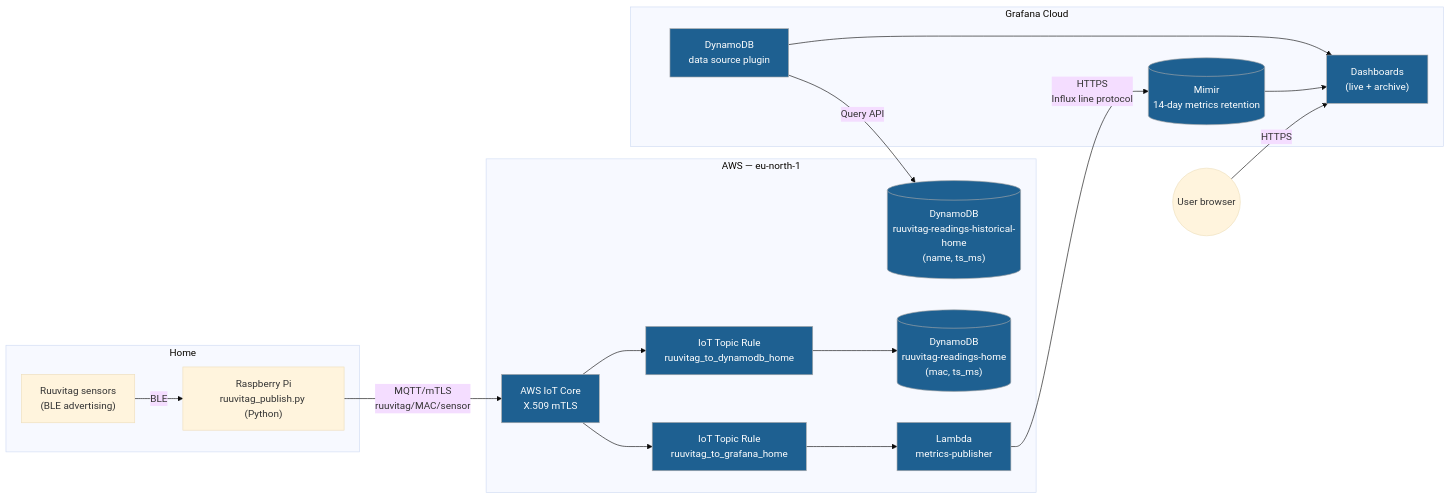
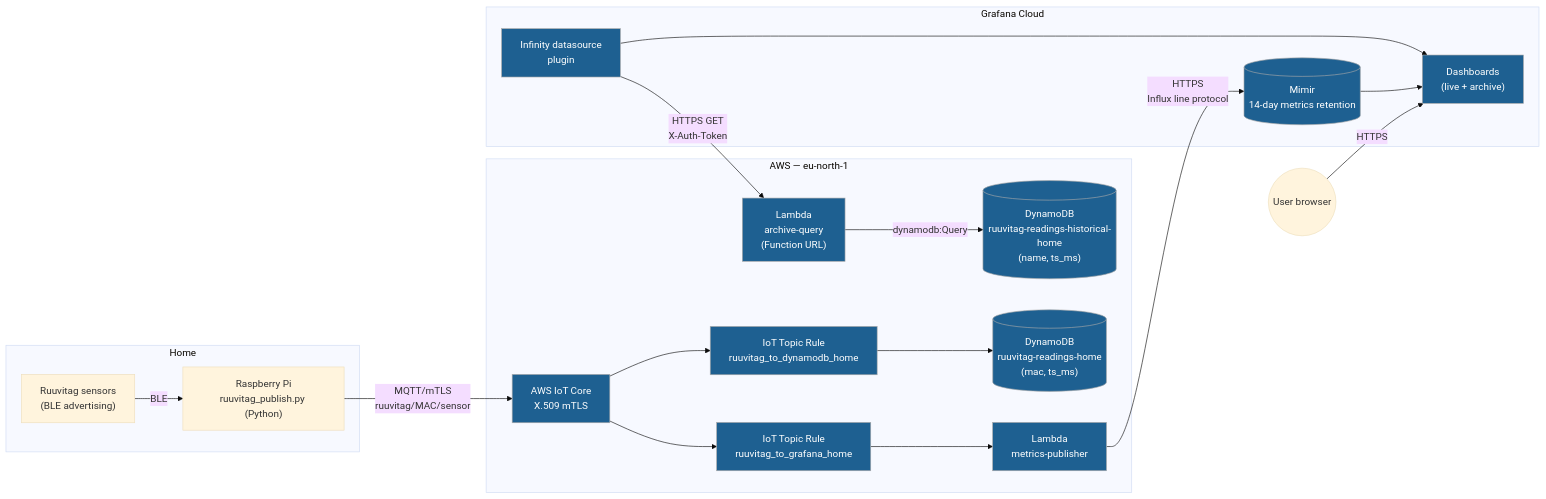
Before and after one commit to pihlajus/ruuvitag-serverless: the second of 3 diagrams in architecture.md, drawn with Mermaid (base theme). The commit also changed other lines of this file, not shown here.

First line of the commit message:
Document the archive read path in architecture.md

````diff
--- a/architecture.md
+++ b/architecture.md
@@ -55,43 +55,45 @@
 ```mermaid
 flowchart LR
     subgraph home["Home"]
         sensors["Ruuvitag sensors<br/>(BLE advertising)"]
         pi["Raspberry Pi<br/>ruuvitag_publish.py (Python)"]
         sensors -- BLE --> pi
     end
 
     subgraph aws["AWS — eu-north-1"]
         iot["AWS IoT Core<br/>X.509 mTLS"]
 
         rule1["IoT Topic Rule<br/>ruuvitag_to_dynamodb_home"]
         rule2["IoT Topic Rule<br/>ruuvitag_to_grafana_home"]
 
         live[("DynamoDB<br/>ruuvitag-readings-home<br/>(mac, ts_ms)")]
         archive[("DynamoDB<br/>ruuvitag-readings-historical-home<br/>(name, ts_ms)")]
 
-        lambda["Lambda<br/>metrics-publisher"]
+        metrics_lambda["Lambda<br/>metrics-publisher"]
+        archive_lambda["Lambda<br/>archive-query<br/>(Function URL)"]
 
         iot --> rule1
         iot --> rule2
         rule1 --> live
-        rule2 --> lambda
+        rule2 --> metrics_lambda
+        archive_lambda -- "dynamodb:Query" --> archive
     end
 
     subgraph grafana_cloud["Grafana Cloud"]
         mimir[("Mimir<br/>14-day metrics retention")]
         dashboards["Dashboards<br/>(live + archive)"]
-        plugin["DynamoDB<br/>data source plugin"]
+        infinity["Infinity datasource<br/>plugin"]
 
         mimir --> dashboards
-        plugin --> dashboards
+        infinity --> dashboards
     end
 
     pi -- "MQTT/mTLS<br/>ruuvitag/MAC/sensor" --> iot
-    lambda -- "HTTPS<br/>Influx line protocol" --> mimir
-    plugin -- "Query API" --> archive
+    metrics_lambda -- "HTTPS<br/>Influx line protocol" --> mimir
+    infinity -- "HTTPS GET<br/>X-Auth-Token" --> archive_lambda
 
     user(("User browser")) -- "HTTPS" --> dashboards
 
     classDef managed fill:#1e6091,color:#fff,stroke:#aaa;
-    class iot,rule1,rule2,live,archive,lambda,mimir,dashboards,plugin managed;
+    class iot,rule1,rule2,live,archive,metrics_lambda,archive_lambda,mimir,dashboards,infinity managed;
 ```
````
